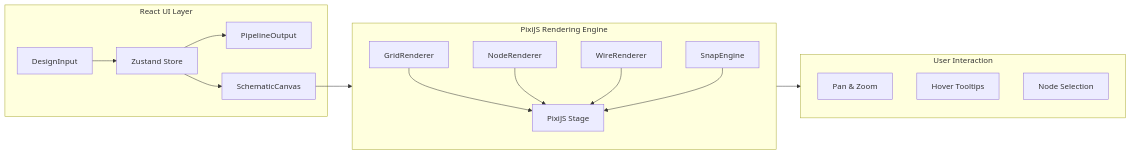
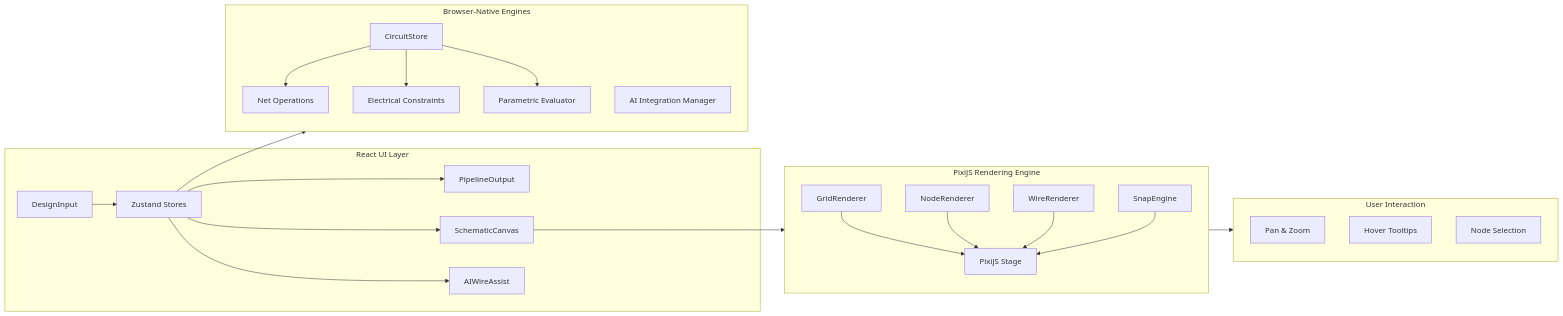
The fourth of 5 diagrams in README.md (anaslari23/AI-EDA), drawn with Mermaid before and after one commit. The commit also changed other lines of this file and 51 other files, not shown here.

First line of the commit message:
feat: v1.1 — browser-native validation, AI wire assist, parametric evaluation, Alembic migrations

````diff
--- a/README.md
+++ b/README.md
@@ -202,25 +215,34 @@
 ```mermaid
 graph LR
     subgraph UI["React UI Layer"]
-        DI[DesignInput] --> Store[Zustand Store]
+        DI[DesignInput] --> Store[Zustand Stores]
         Store --> PO[PipelineOutput]
         Store --> SC[SchematicCanvas]
+        Store --> AIW[AIWireAssist]
     end
 
     subgraph Canvas["PixiJS Rendering Engine"]
         Grid[GridRenderer] --> Stage[PixiJS Stage]
         Nodes[NodeRenderer] --> Stage
         Wires[WireRenderer] --> Stage
         Snap[SnapEngine] --> Stage
     end
 
     SC --> Canvas
 
+    subgraph Engines["Browser-Native Engines"]
+        CS[CircuitStore] --> NetOps[Net Operations]
+        CS --> Constraints[Electrical Constraints]
+        CS --> Params[Parametric Evaluator]
+        AIM[AI Integration Manager]
+    end
+
     subgraph Interaction["User Interaction"]
         Pan[Pan & Zoom]
         Hover[Hover Tooltips]
         Select[Node Selection]
     end
 
     Canvas --> Interaction
+    Store --> Engines
 ```
````
